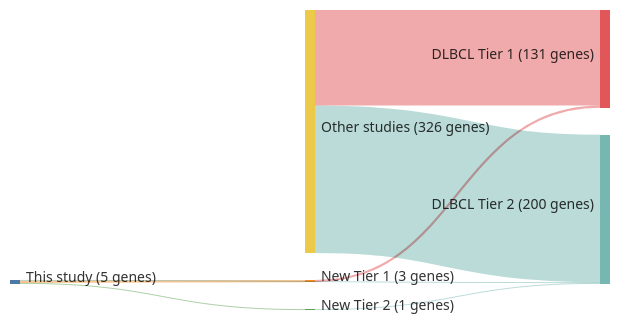
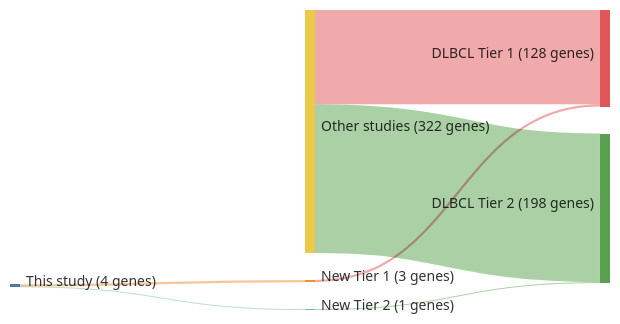
Before and after one commit to morinlab/lymphopedia: the diagram in papers/lohrDiscoveryPrioritizationSomatic2012a.md, drawn with Mermaid. The commit also changed 81 other files, not shown here.

````diff
--- a/papers/lohrDiscoveryPrioritizationSomatic2012a.md
+++ b/papers/lohrDiscoveryPrioritizationSomatic2012a.md
@@ -12,21 +12,20 @@
 ```mermaid
 ---
 config:
     sankey:
         showValues: true
         linkColor: target
         width: 600
         height: 300
         nodeAlignment: right
         prefix: '('
         suffix: ' genes)'
 ---
 sankey-beta
 This study, New Tier 1, 3
 New Tier 1, DLBCL Tier 1, 3
-This study, DLBCL Tier 2, 1
 This study, New Tier 2, 1
 New Tier 2, DLBCL Tier 2, 1
-Other studies, DLBCL Tier 1, 128
-Other studies, DLBCL Tier 2, 198
+Other studies, DLBCL Tier 1, 125
+Other studies, DLBCL Tier 2, 197
 ```
````
